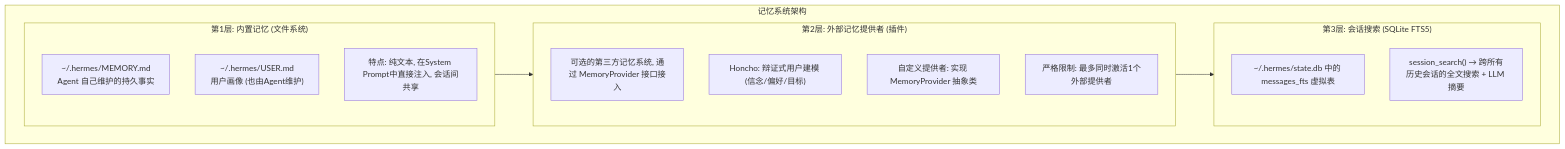
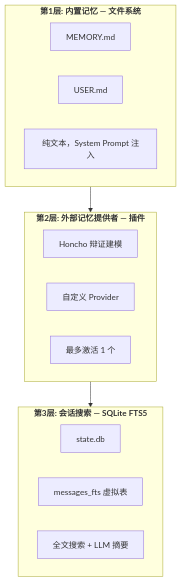
The first of 3 diagrams in hermes-learning-path/06-记忆与技能系统.md (keyuanweb/ai-learning-path), drawn with Mermaid before and after one commit. The commit also changed other lines of this file, not shown here.

Commit message:
fix: 优化记忆与技能系统章节 Mermaid 图表可读性
记忆三层架构图、Curator 维护规则图、记忆与技能关系图中
的嵌套子图重构为 flowchart 格式，精简节点标签，修复
渲染拥挤问题。

````diff
--- a/hermes-learning-path/06-记忆与技能系统.md
+++ b/hermes-learning-path/06-记忆与技能系统.md
@@ -21,21 +21,25 @@
 ```mermaid
-graph TD
-    subgraph MEMORY["记忆系统架构"]
-        subgraph L1["第1层: 内置记忆 (文件系统)"]
-            A["~/.hermes/MEMORY.md<br/>Agent 自己维护的持久事实"]
-            B["~/.hermes/USER.md<br/>用户画像 (也由Agent维护)"]
-            C["特点: 纯文本, 在System Prompt中直接注入, 会话间共享"]
-        end
-        subgraph L2["第2层: 外部记忆提供者 (插件)"]
-            D["可选的第三方记忆系统, 通过 MemoryProvider 接口接入"]
-            E["Honcho: 辩证式用户建模 (信念/偏好/目标)"]
-            F["自定义提供者: 实现 MemoryProvider 抽象类"]
-            G["严格限制: 最多同时激活1个外部提供者"]
-        end
-        subgraph L3["第3层: 会话搜索 (SQLite FTS5)"]
-            H["~/.hermes/state.db 中的 messages_fts 虚拟表"]
-            I["session_search() → 跨所有历史会话的全文搜索 + LLM 摘要"]
-        end
-        L1 --> L2 --> L3
+flowchart TD
+    subgraph L1["<b>第1层: 内置记忆 — 文件系统</b>"]
+        direction LR
+        A1["MEMORY.md"]
+        A2["USER.md"]
+        A3["纯文本，System Prompt 注入"]
     end
+
+    subgraph L2["<b>第2层: 外部记忆提供者 — 插件</b>"]
+        direction LR
+        B1["Honcho 辩证建模"]
+        B2["自定义 Provider"]
+        B3["最多激活 1 个"]
+    end
+
+    subgraph L3["<b>第3层: 会话搜索 — SQLite FTS5</b>"]
+        direction LR
+        C1["state.db"]
+        C2["messages_fts 虚拟表"]
+        C3["全文搜索 + LLM 摘要"]
+    end
+
+    L1 --> L2 --> L3
 ```
````
